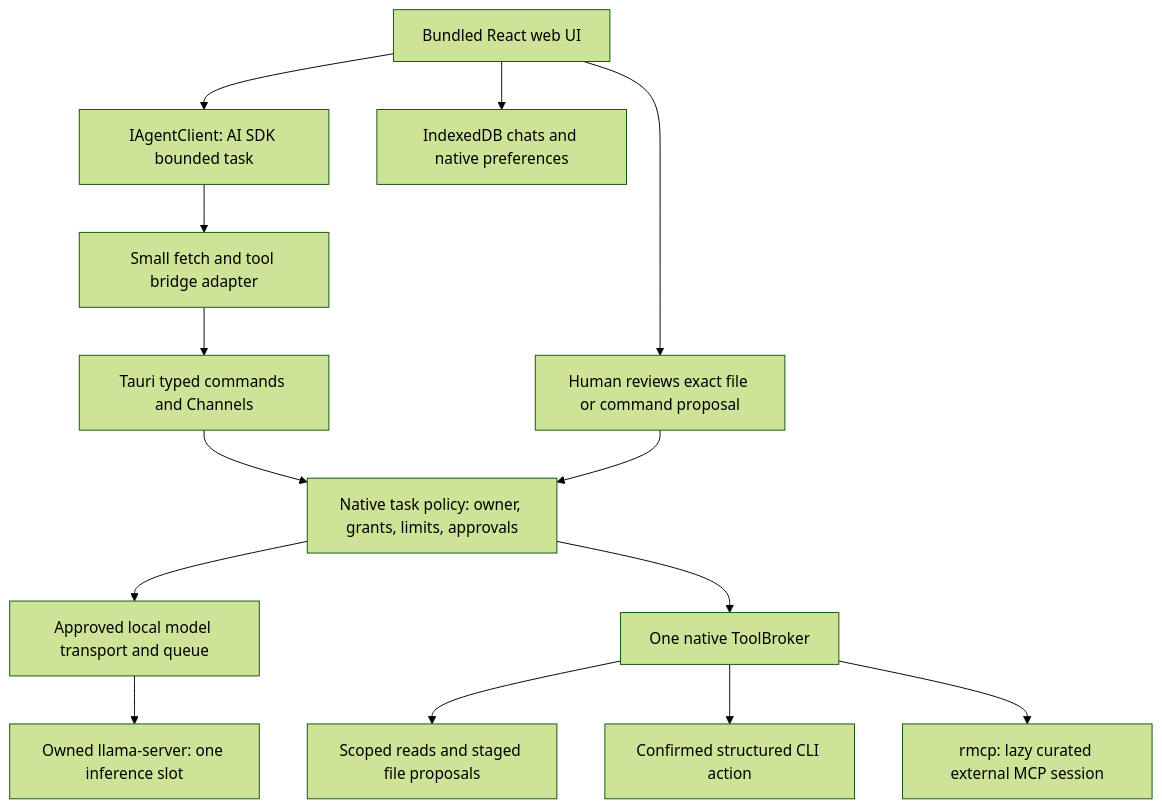
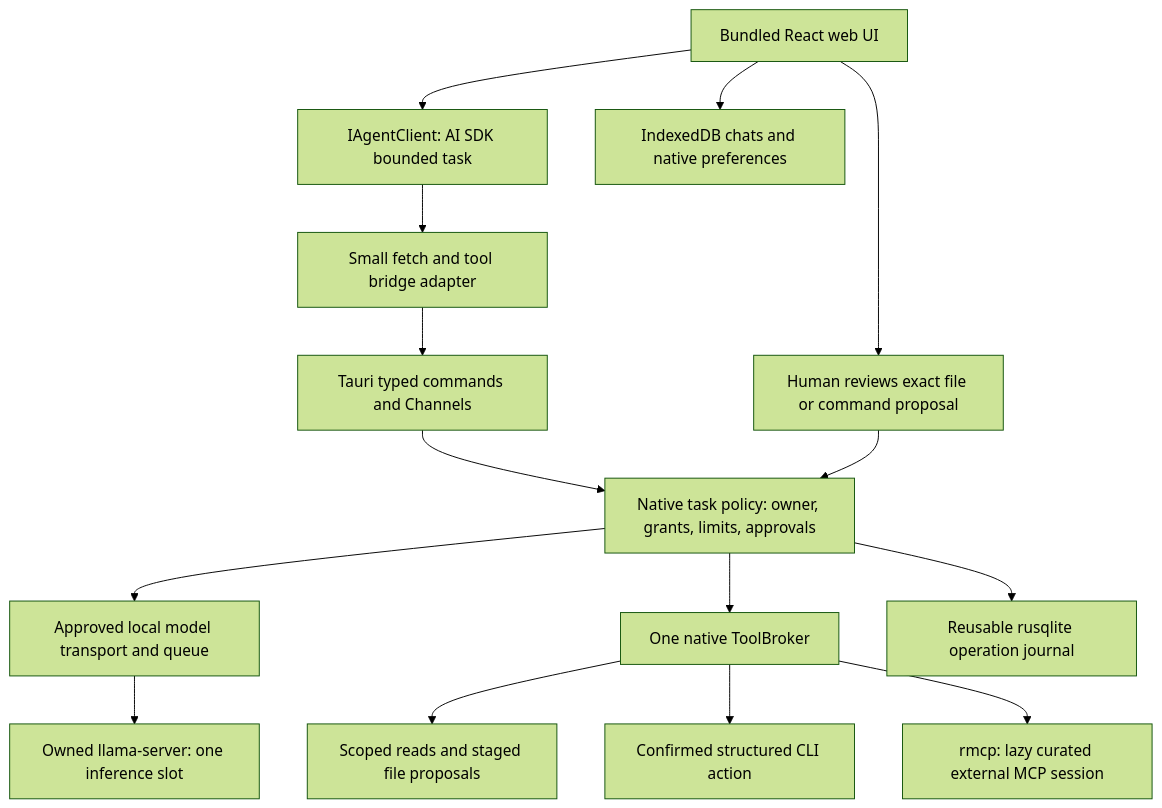
Before and after one commit to meharajM/ai-worker-desktop: the diagram in plans/local-desktop-product-plan.md, drawn with Mermaid (forest theme). The commit also changed other lines of this file and 23 other files, not shown here.

Commit message:
feat: add reusable local operation journal

````diff
--- a/plans/local-desktop-product-plan.md
+++ b/plans/local-desktop-product-plan.md
@@ -44,16 +44,17 @@
 ```mermaid
 flowchart TB
     UI[Bundled React web UI] --> AC[IAgentClient: AI SDK bounded task]
     AC --> BF[Small fetch and tool bridge adapter]
     BF --> IPC[Tauri typed commands and Channels]
     IPC --> POL[Native task policy: owner, grants, limits, approvals]
     POL --> HTTP[Approved local model transport and queue]
     HTTP --> LLM[Owned llama-server: one inference slot]
     POL --> TB[One native ToolBroker]
     TB --> FS[Scoped reads and staged file proposals]
     TB --> CLI[Confirmed structured CLI action]
     TB --> MCP[rmcp: lazy curated external MCP session]
+    POL --> JOURNAL[Reusable rusqlite operation journal]
     UI --> REV[Human reviews exact file or command proposal]
     REV --> POL
     UI --> DATA[IndexedDB chats and native preferences]
 ```
````
